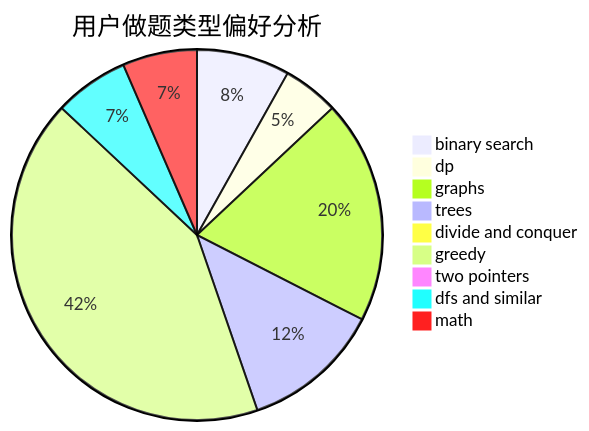
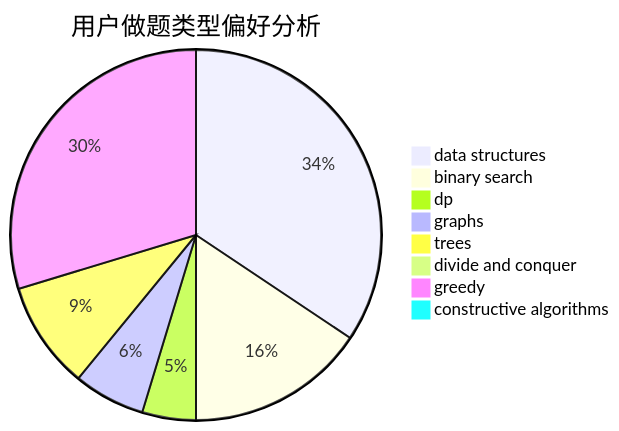
The second of 3 diagrams in docs/user/u1591.md (sherpahu/cfrs.github.io), drawn with Mermaid before and after one commit. The commit also changed other lines of this file and 2775 other files, not shown here.

````diff
--- a/docs/user/u1591.md
+++ b/docs/user/u1591.md
@@ -23,12 +23,11 @@
 ```mermaid
 pie title 用户做题类型偏好分析
+    "data structures" :  22
     "binary search" :  10
-    "dp" :  6
-    "graphs" :  24
-    "trees" :  15
+    "dp" :  3
+    "graphs" :  4
+    "trees" :  6
     "divide and conquer" :  0
-    "greedy" :  52
-    "two pointers" :  0
-    "dfs and similar" :  8
-    "math" :  8
+    "greedy" :  19
+    "constructive algorithms" :  0
 ```
````
